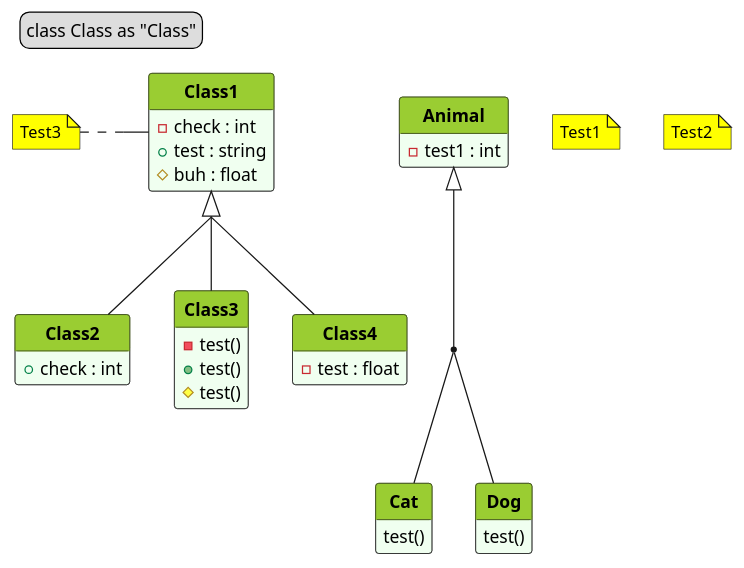
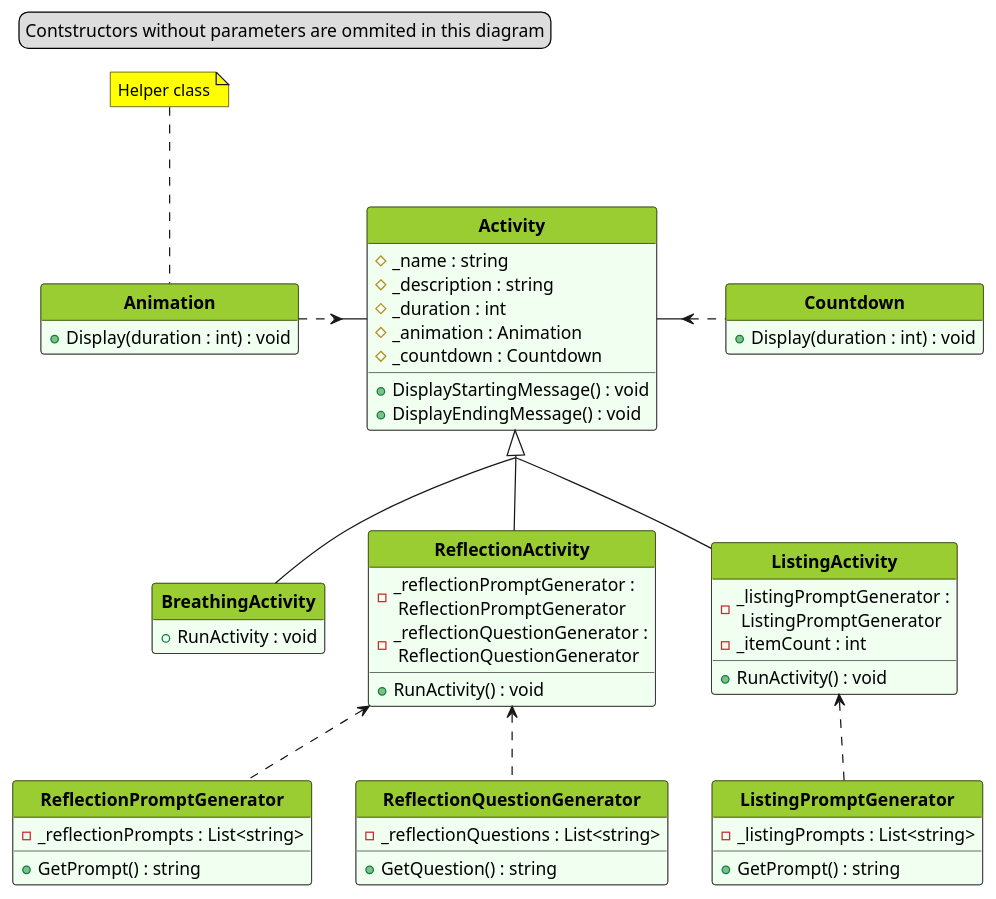
The diagram in prove/Develop04/UML_diagram.pu (VladKaralius/cse210-projects), drawn with PlantUML before and after one commit.

Commit message:
Desing with PlantUML

```diff
--- a/prove/Develop04/UML_diagram.pu
+++ b/prove/Develop04/UML_diagram.pu
@@ -1,81 +1,106 @@
 @startuml test
 hide circle
 hide empty members
 'skinparam classAttributeIconSize 0
 skinparam style strictuml
 skinparam groupInheritance 2
 'skinparam linetype ortho
+'skinparam linetype polyline
 <style>
 classDiagram {
   class {
     '-attributes and methods-
     'FontSize 14
     'FontColor black
     'BackgroundColor #fefece
     BackgroundColor #f0fff0
     'RoundCorner 0
     '-class name-
     header {
       'FontSize 12
       'FontColor Black
       FontStyle bold
       BackgroundColor YellowGreen
     }
   }
   note {
     BackgroundColor Yellow
   }
 }
 </style>
 
-
 legend top left
-  class Class as "Class"
+  Contstructors without parameters are ommited in this diagram
 endlegend
 
-note "Test1" as Note1
-note "Test2" as Note2
+''note "Test1" as Note1
+'note "Test2" as Note2
 'Note1 .. Class1
 'Note1 . Class2
 
-class Class1 {
-  - check : int
-  + test : string
-  # buh : float
+class Activity {
+  # _name : string
+  # _description : string
+  # _duration : int
+  # _animation : Animation
+  # _countdown : Countdown
+  + DisplayStartingMessage() : void
+  + DisplayEndingMessage() : void
 }
 
-note left : Test3
 
-class Class2 {
-  + check : int
+class BreathingActivity {
+  + RunActivity : void
 }
 
-class Class3 {
-  - test()
-  + test()
-  # test()
+class ReflectionActivity {
+  - _reflectionPromptGenerator :\n ReflectionPromptGenerator
+  - _reflectionQuestionGenerator :\n ReflectionQuestionGenerator
+  + RunActivity() : void
 }
 
-class Class4 {
-  - test : float
+class ListingActivity {
+  - _listingPromptGenerator :\n ListingPromptGenerator
+  - _itemCount : int
+  + RunActivity() : void
 }
 
-Class1 <|-- Class2
-Class1 <|-- Class3
-Class1 <|-- Class4
+class ReflectionPromptGenerator {
+  - _reflectionPrompts : List<string>
+  + GetPrompt() : string
+}
 
-class Animal {
-  - test1 : int
+class ReflectionQuestionGenerator {
+  - _reflectionQuestions : List<string>
+  + GetQuestion() : string
 }
-together {
-  class Dog {
-    test()
-  }
-  class Cat{
-    test()
-  }
+
+class ListingPromptGenerator {
+  - _listingPrompts : List<string>
+  + GetPrompt() : string
 }
-Animal <|-down- Cat
-Dog -- (Animal, Cat)
+together{
+class Animation {
+  + Display(duration : int) : void
+}
+
+note top of Animation: Helper class
+}
+
+class Countdown {
+  + Display(duration : int) : void
+}
+
+
+
+
+Activity <|-- BreathingActivity
+Activity <|-- ReflectionActivity
+Activity <|-- ListingActivity
+ReflectionActivity <.. ReflectionPromptGenerator
+ReflectionActivity <.. ReflectionQuestionGenerator
+ListingActivity <.. ListingPromptGenerator
+Activity <.left. Animation
+Activity <.right. Countdown
 
 @enduml
```
